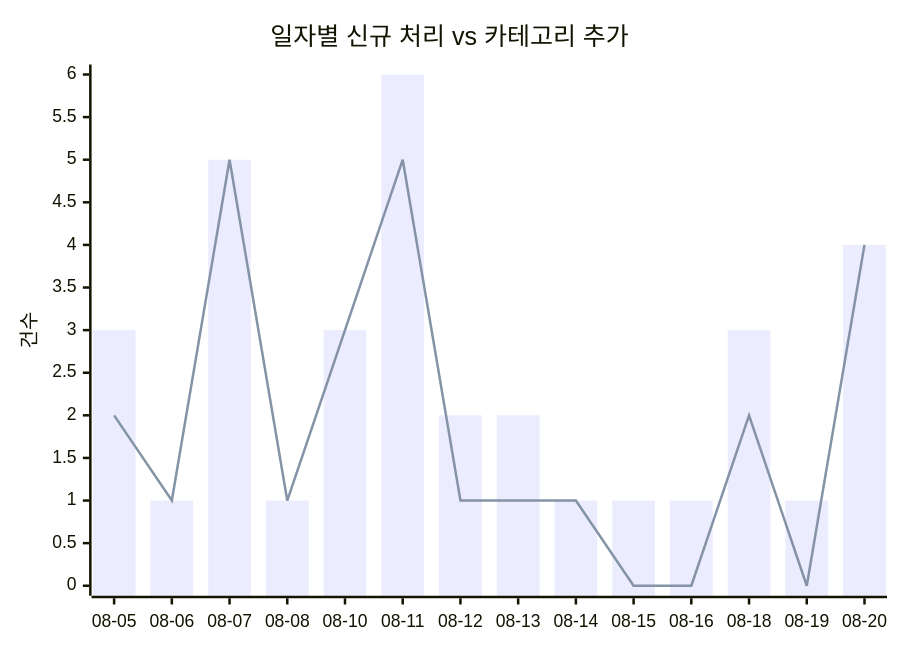
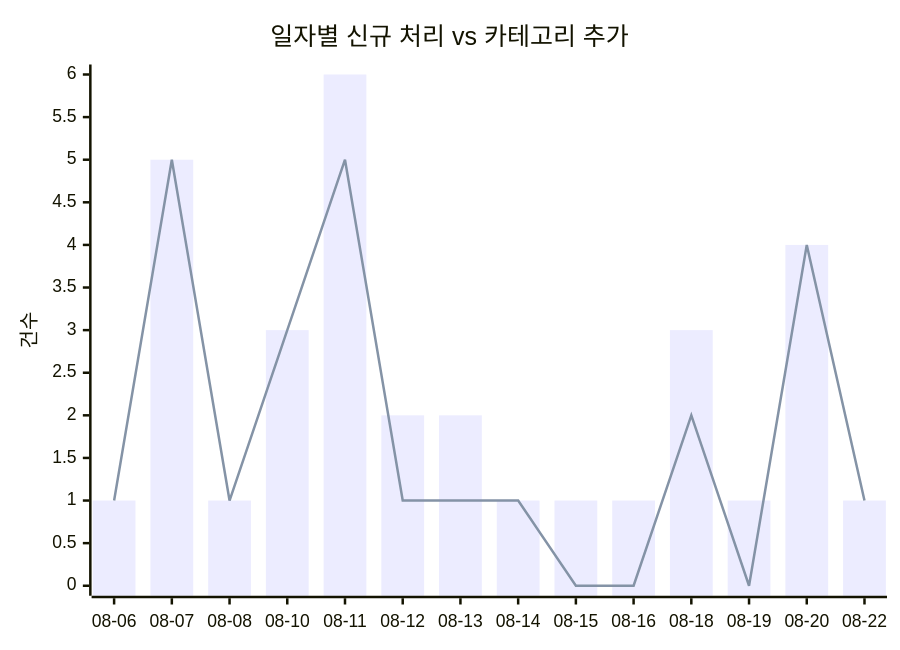
Before and after one commit to J-nowcow/awesome-korean-agent-skills: the first of 2 diagrams in docs/trends.md, drawn with Mermaid. The commit also changed other lines of this file and 4 other files, not shown here.

````diff
--- a/docs/trends.md
+++ b/docs/trends.md
@@ -32,8 +32,8 @@
 ```mermaid
 xychart-beta
     title "일자별 신규 처리 vs 카테고리 추가"
-    x-axis ["08-05","08-06","08-07","08-08","08-10","08-11","08-12","08-13","08-14","08-15","08-16","08-18","08-19","08-20"]
+    x-axis ["08-06","08-07","08-08","08-10","08-11","08-12","08-13","08-14","08-15","08-16","08-18","08-19","08-20","08-22"]
     y-axis "건수"
-    bar [3,1,5,1,3,6,2,2,1,1,1,3,1,4]
-    line [2,1,5,1,3,5,1,1,1,0,0,2,0,4]
+    bar [1,5,1,3,6,2,2,1,1,1,3,1,4,1]
+    line [1,5,1,3,5,1,1,1,0,0,2,0,4,1]
 ```
````
